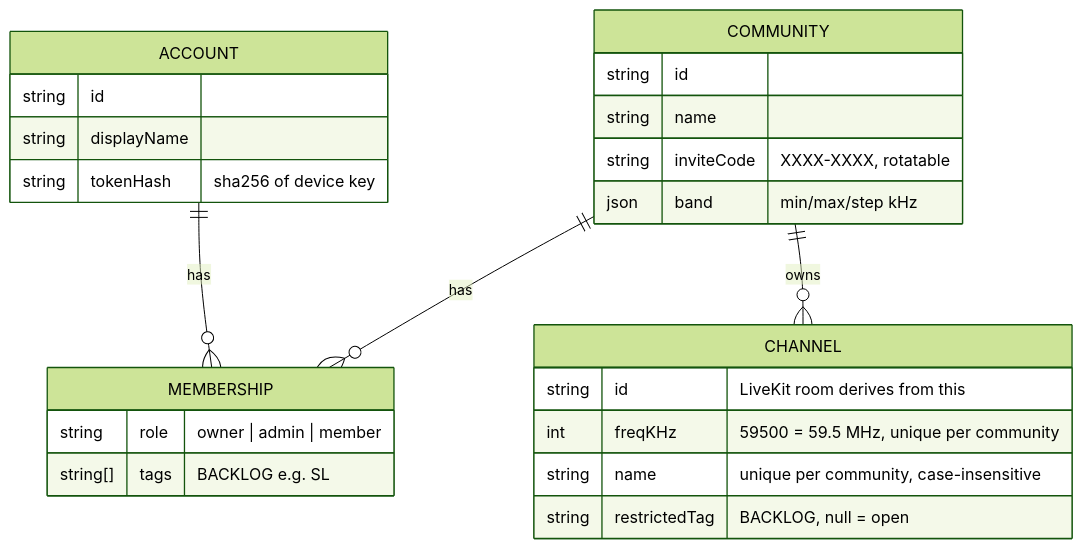
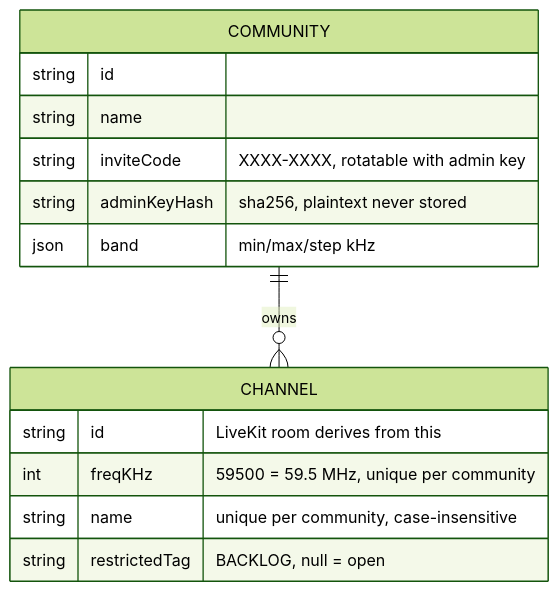
Before and after one commit to Tubss2/radio-net: the first of 2 diagrams in docs/PLAN.md, drawn with Mermaid (forest theme). The commit also changed other lines of this file and 29 other files, not shown here.

````diff
--- a/docs/PLAN.md
+++ b/docs/PLAN.md
@@ -22,27 +22,17 @@
 ```mermaid
 erDiagram
-  ACCOUNT ||--o{ MEMBERSHIP : has
-  COMMUNITY ||--o{ MEMBERSHIP : has
   COMMUNITY ||--o{ CHANNEL : owns
-  ACCOUNT {
-    string id
-    string displayName
-    string tokenHash "sha256 of device key"
-  }
   COMMUNITY {
     string id
     string name
-    string inviteCode "XXXX-XXXX, rotatable"
+    string inviteCode "XXXX-XXXX, rotatable with admin key"
+    string adminKeyHash "sha256, plaintext never stored"
     json band "min/max/step kHz"
-  }
-  MEMBERSHIP {
-    string role "owner | admin | member"
-    string[] tags "BACKLOG e.g. SL"
   }
   CHANNEL {
     string id "LiveKit room derives from this"
     int freqKHz "59500 = 59.5 MHz, unique per community"
     string name "unique per community, case-insensitive"
     string restrictedTag "BACKLOG, null = open"
   }
 ```
````
